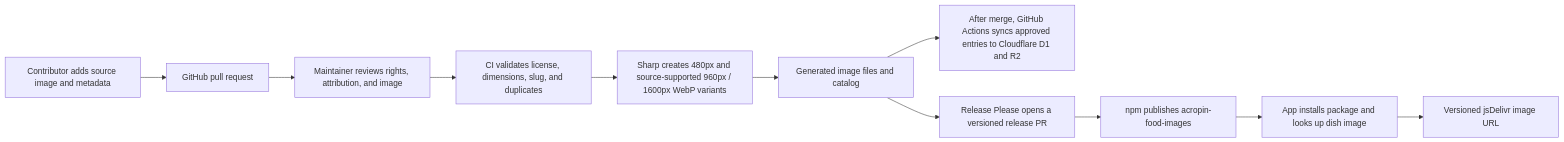
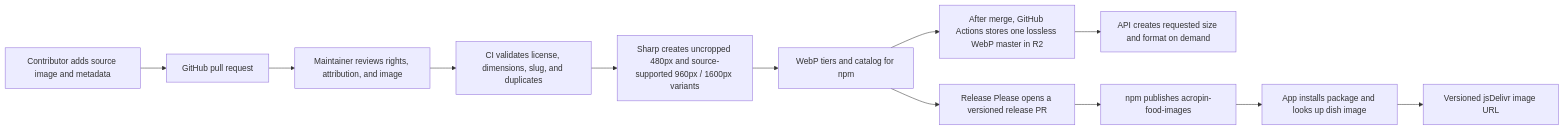
Before and after one commit to Acropin/Acropin-SharpVips: the diagram in packages/food-images/README.md, drawn with Mermaid. The commit also changed other lines of this file and 20 other files, not shown here.

Commit message:
feat: deliver image variants on demand

````diff
--- a/packages/food-images/README.md
+++ b/packages/food-images/README.md
@@ -63,13 +63,14 @@
 ```mermaid
 flowchart LR
   C[Contributor adds source image and metadata] --> PR[GitHub pull request]
   PR --> R[Maintainer reviews rights, attribution, and image]
   R --> V[CI validates license, dimensions, slug, and duplicates]
-  V --> P[Sharp creates 480px and source-supported 960px / 1600px WebP variants]
-  P --> M[Generated image files and catalog]
-  M --> CF[After merge, GitHub Actions syncs approved entries to Cloudflare D1 and R2]
+  V --> P[Sharp creates uncropped 480px and source-supported 960px / 1600px variants]
+  P --> M[WebP tiers and catalog for npm]
+  M --> CF[After merge, GitHub Actions stores one lossless WebP master in R2]
+  CF --> API[API creates requested size and format on demand]
   M --> RP[Release Please opens a versioned release PR]
   RP --> N[npm publishes acropin-food-images]
   N --> U[App installs package and looks up dish image]
   U --> CDN[Versioned jsDelivr image URL]
 ```
````
